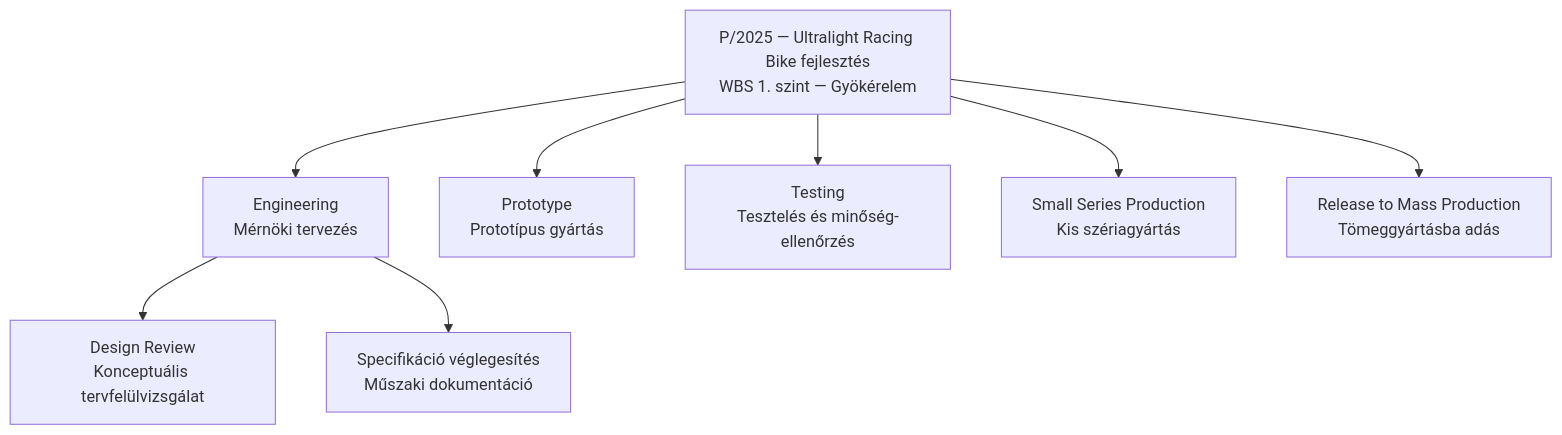
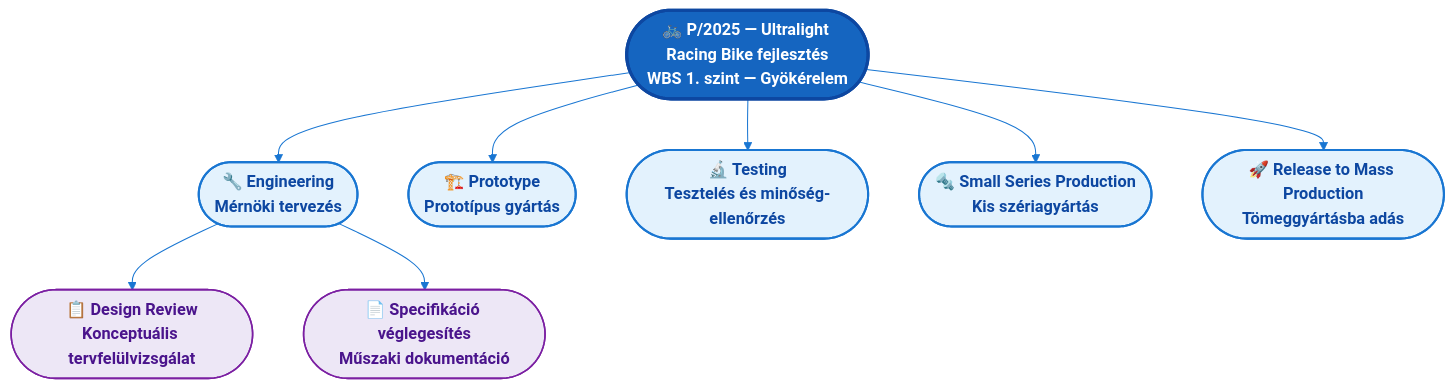
Before and after one commit to denespocsik/MM_BSC_Zarovizsga: the first of 4 diagrams in Tételek/V15-GMXIV2MBLF-ERP projektmenedzsment és üzemeltetés.tétel.md, drawn with Mermaid. The commit also changed other lines of this file and 4 other files, not shown here.

First line of the commit message:
docs(záróvizsga): modernize Mermaid diagrams in V11–V15, enrich GMXIV2MBLF content

````diff
--- a/Tételek/V15-GMXIV2MBLF-ERP projektmenedzsment és üzemeltetés.tétel.md
+++ b/Tételek/V15-GMXIV2MBLF-ERP projektmenedzsment és üzemeltetés.tétel.md
@@ -36,19 +36,24 @@
 ```mermaid
+%%{init: {'theme': 'base', 'themeVariables': {'primaryColor': '#E3F2FD', 'primaryBorderColor': '#1565C0', 'lineColor': '#1976D2'}}}%%
 flowchart TD
-    ROOT["P/2025 — Ultralight Racing Bike fejlesztés\nWBS 1. szint — Gyökérelem"]
-    ENG["Engineering\nMérnöki tervezés"]
-    PROTO["Prototype\nPrototípus gyártás"]
-    TEST["Testing\nTesztelés és minőség-ellenőrzés"]
-    SMALL["Small Series Production\nKis szériagyártás"]
-    RELEASE["Release to Mass Production\nTömeggyártásba adás"]
-    DR["Design Review\nKonceptuális tervfelülvizsgálat"]
-    SPEC["Specifikáció véglegesítés\nMűszaki dokumentáció"]
+    classDef root  fill:#1565C0,stroke:#0D47A1,stroke-width:3px,color:#fff,font-weight:bold
+    classDef phase fill:#E3F2FD,stroke:#1976D2,stroke-width:2px,color:#0D47A1,font-weight:bold
+    classDef task  fill:#EDE7F6,stroke:#7B1FA2,stroke-width:1.5px,color:#4A148C
+
+    ROOT(["🚲 P/2025 — Ultralight Racing Bike fejlesztés\nWBS 1. szint — Gyökérelem"]):::root
+    ENG(["🔧 Engineering\nMérnöki tervezés"]):::phase
+    PROTO(["🏗️ Prototype\nPrototípus gyártás"]):::phase
+    TEST(["🔬 Testing\nTesztelés és minőség-ellenőrzés"]):::phase
+    SMALL(["🔩 Small Series Production\nKis szériagyártás"]):::phase
+    RELEASE(["🚀 Release to Mass Production\nTömeggyártásba adás"]):::phase
+    DR(["📋 Design Review\nKonceptuális tervfelülvizsgálat"]):::task
+    SPEC(["📄 Specifikáció véglegesítés\nMűszaki dokumentáció"]):::task
 
     ROOT --> ENG
     ROOT --> PROTO
     ROOT --> TEST
     ROOT --> SMALL
     ROOT --> RELEASE
     ENG --> DR
     ENG --> SPEC
 ```
````
